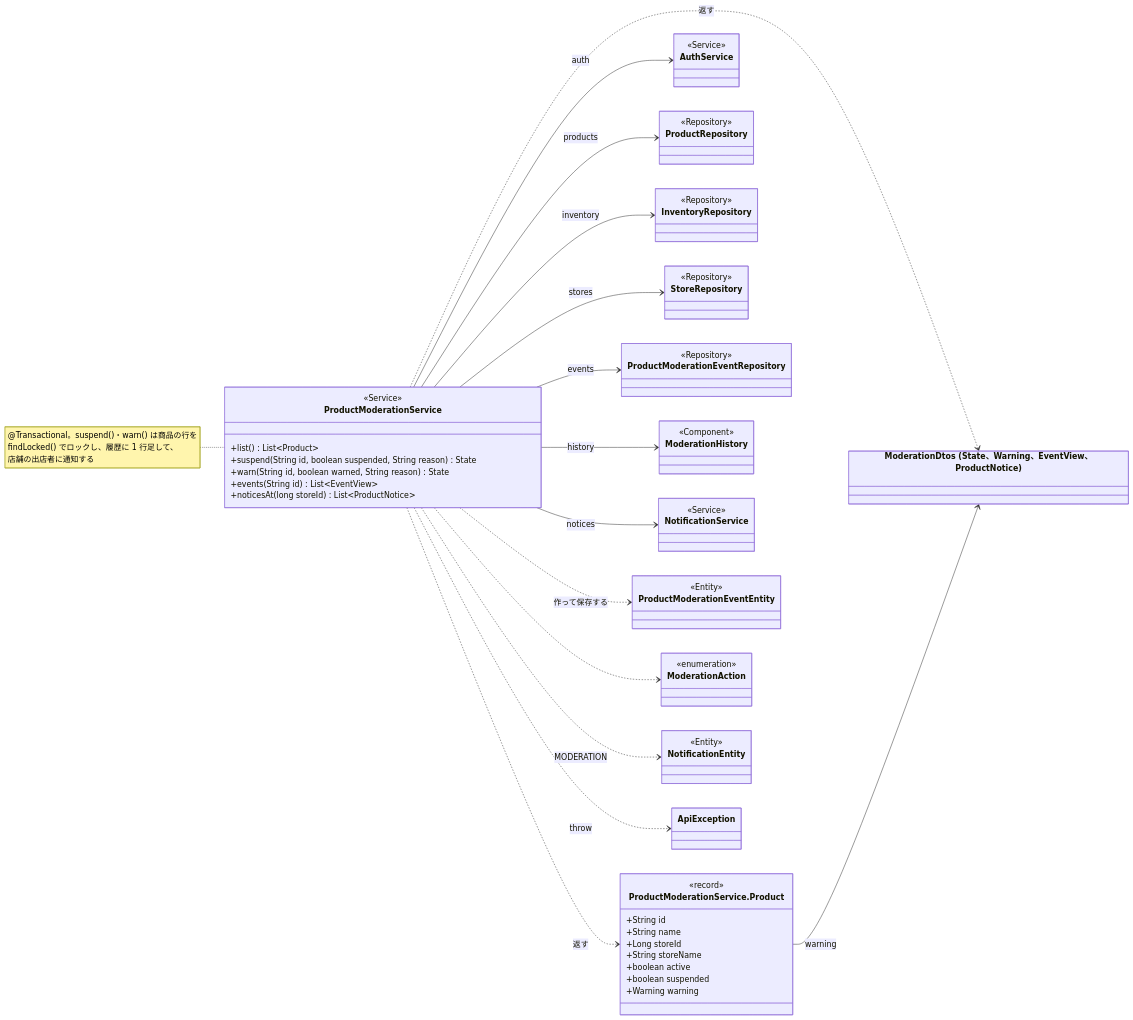
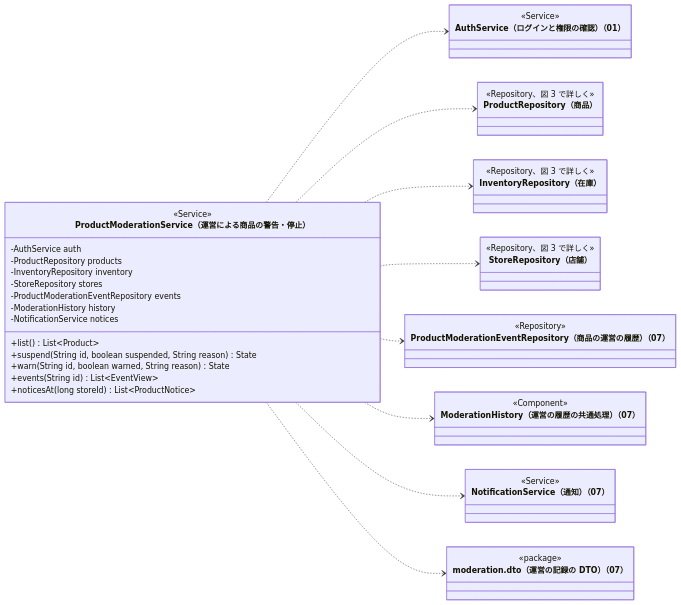
Before and after one commit to abeouga/kusakari-document: the sixth of 14 diagrams in クラス図/kusakari-ec/03_商品カタログ.md, drawn with Mermaid. The commit also changed other lines of this file and 87 other files, not shown here.

Commit message:
EC のクラス図に全体図を足し、詳細図をデータとモジュールの図に分けて書き直す

````diff
--- a/クラス図/kusakari-ec/03_商品カタログ.md
+++ b/クラス図/kusakari-ec/03_商品カタログ.md
@@ -498,71 +570,52 @@
 ```mermaid
 classDiagram
-  direction LR
-  class ProductModerationService {
-    <<Service>>
-    +list() List~Product~
-    +suspend(String id, boolean suspended, String reason) State
-    +warn(String id, boolean warned, String reason) State
-    +events(String id) List~EventView~
-    +noticesAt(long storeId) List~ProductNotice~
-  }
-  class ModerationProduct["ProductModerationService.Product"] {
-    <<record>>
-    +String id
-    +String name
-    +Long storeId
-    +String storeName
-    +boolean active
-    +boolean suspended
-    +Warning warning
-  }
-  class AuthService {
-    <<Service>>
-  }
-  class ProductRepository {
-    <<Repository>>
-  }
-  class InventoryRepository {
-    <<Repository>>
-  }
-  class StoreRepository {
-    <<Repository>>
-  }
-  class ProductModerationEventRepository {
-    <<Repository>>
-  }
-  class ModerationHistory {
-    <<Component>>
-  }
-  class NotificationService {
-    <<Service>>
-  }
-  class ProductModerationEventEntity {
-    <<Entity>>
-  }
-  class ModerationAction {
-    <<enumeration>>
-  }
-  class NotificationEntity {
-    <<Entity>>
-  }
-  class ModerationDtos["ModerationDtos (State、Warning、EventView、ProductNotice)"]
-  class ApiException
+    direction LR
+    class ProductModerationService["ProductModerationService（運営による商品の警告・停止）"] {
+        <<Service>>
+        -AuthService auth
+        -ProductRepository products
+        -InventoryRepository inventory
+        -StoreRepository stores
+        -ProductModerationEventRepository events
+        -ModerationHistory history
+        -NotificationService notices
+        +list() List~Product~
+        +suspend(String id, boolean suspended, String reason) State
+        +warn(String id, boolean warned, String reason) State
+        +events(String id) List~EventView~
+        +noticesAt(long storeId) List~ProductNotice~
+    }
+    class AuthService["AuthService（ログインと権限の確認）（01）"] {
+        <<Service>>
+    }
+    class ProductRepository["ProductRepository（商品）"] {
+        <<Repository、図 3 で詳しく>>
+    }
+    class InventoryRepository["InventoryRepository（在庫）"] {
+        <<Repository、図 3 で詳しく>>
+    }
+    class StoreRepository["StoreRepository（店舗）"] {
+        <<Repository、図 3 で詳しく>>
+    }
+    class ProductModerationEventRepository["ProductModerationEventRepository（商品の運営の履歴）（07）"] {
+        <<Repository>>
+    }
+    class ModerationHistory["ModerationHistory（運営の履歴の共通処理）（07）"] {
+        <<Component>>
+    }
+    class NotificationService["NotificationService（通知）（07）"] {
+        <<Service>>
+    }
+    class moderation_dto["moderation.dto（運営の記録の DTO）（07）"] {
+        <<package>>
+    }
 
-  ProductModerationService --> AuthService : auth
-  ProductModerationService --> ProductRepository : products
-  ProductModerationService --> InventoryRepository : inventory
-  ProductModerationService --> StoreRepository : stores
-  ProductModerationService --> ProductModerationEventRepository : events
-  ProductModerationService --> ModerationHistory : history
-  ProductModerationService --> NotificationService : notices
-  ProductModerationService ..> ModerationProduct : 返す
-  ProductModerationService ..> ProductModerationEventEntity : 作って保存する
-  ProductModerationService ..> ModerationAction
-  ProductModerationService ..> NotificationEntity : MODERATION
-  ProductModerationService ..> ModerationDtos : 返す
-  ProductModerationService ..> ApiException : throw
-  ModerationProduct --> ModerationDtos : warning
-
-  note for ProductModerationService "@Transactional。suspend()・warn() は商品の行を<br/>findLocked() でロックし、履歴に 1 行足して、<br/>店舗の出店者に通知する"
+    ProductModerationService ..> AuthService
+    ProductModerationService ..> ProductRepository
+    ProductModerationService ..> InventoryRepository
+    ProductModerationService ..> StoreRepository
+    ProductModerationService ..> ProductModerationEventRepository
+    ProductModerationService ..> ModerationHistory
+    ProductModerationService ..> NotificationService
+    ProductModerationService ..> moderation_dto
 ```
````
